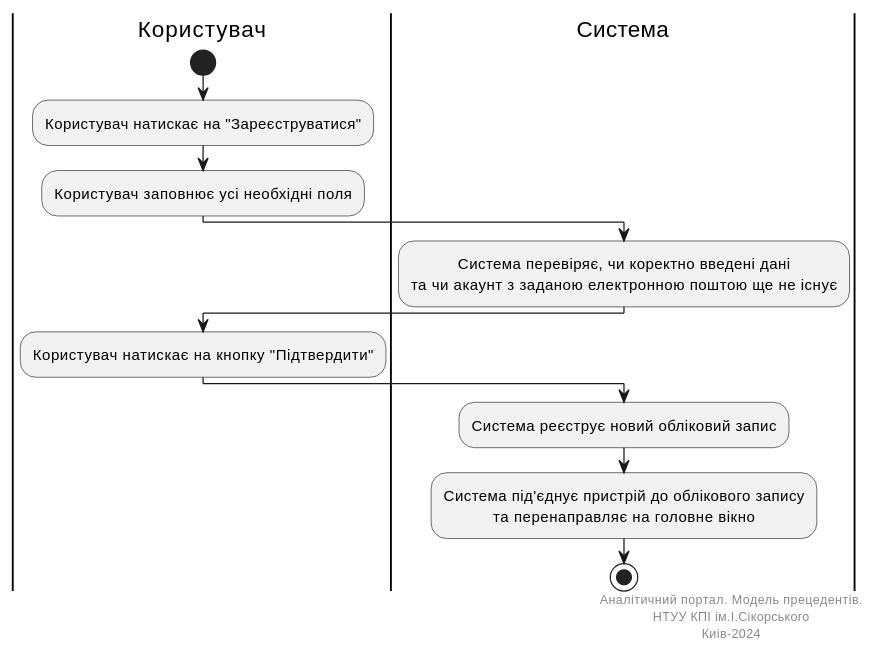
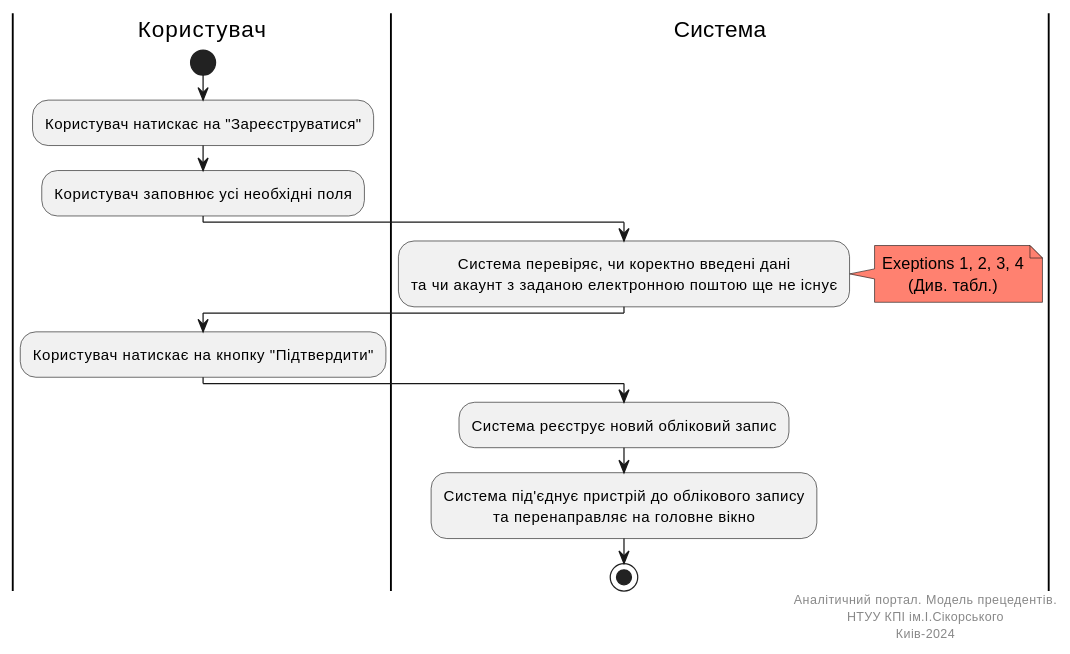
One commit to generalmaks/db_labs changed the first of 3 diagrams in docs/use_cases.md. Above: the diagram before and after it, drawn with PlantUML. The commit also changed other lines of this file, not shown here.

````diff
--- a/docs/use_cases.md
+++ b/docs/use_cases.md
@@ -116,31 +31,34 @@
 ```plantuml
 @startuml
 |Користувач|
 start
 skinparam defaultTextAlignment center
 
 |Користувач|
 :Користувач натискає на "Зареєструватися";
 :Користувач заповнює усі необхідні поля;
 
 |Система|
 :Система перевіряє, чи коректно введені дані 
 та чи акаунт з заданою електронною поштою ще не існує;
-
+note right #ff8170
+Exeptions 1, 2, 3, 4
+(Див. табл.)
+end note
 
 |Користувач|
 :Користувач натискає на кнопку "Підтвердити";
 
 |Система|
 :Система реєструє новий обліковий запис;
 :Система під'єднує пристрій до облікового запису 
 та перенаправляє на головне вікно;
 
  right footer
         Аналітичний портал. Модель прецедентів.
         НТУУ КПІ ім.І.Сікорського
         Киів-2024
     end footer
 stop
 @enduml
 ```
````
